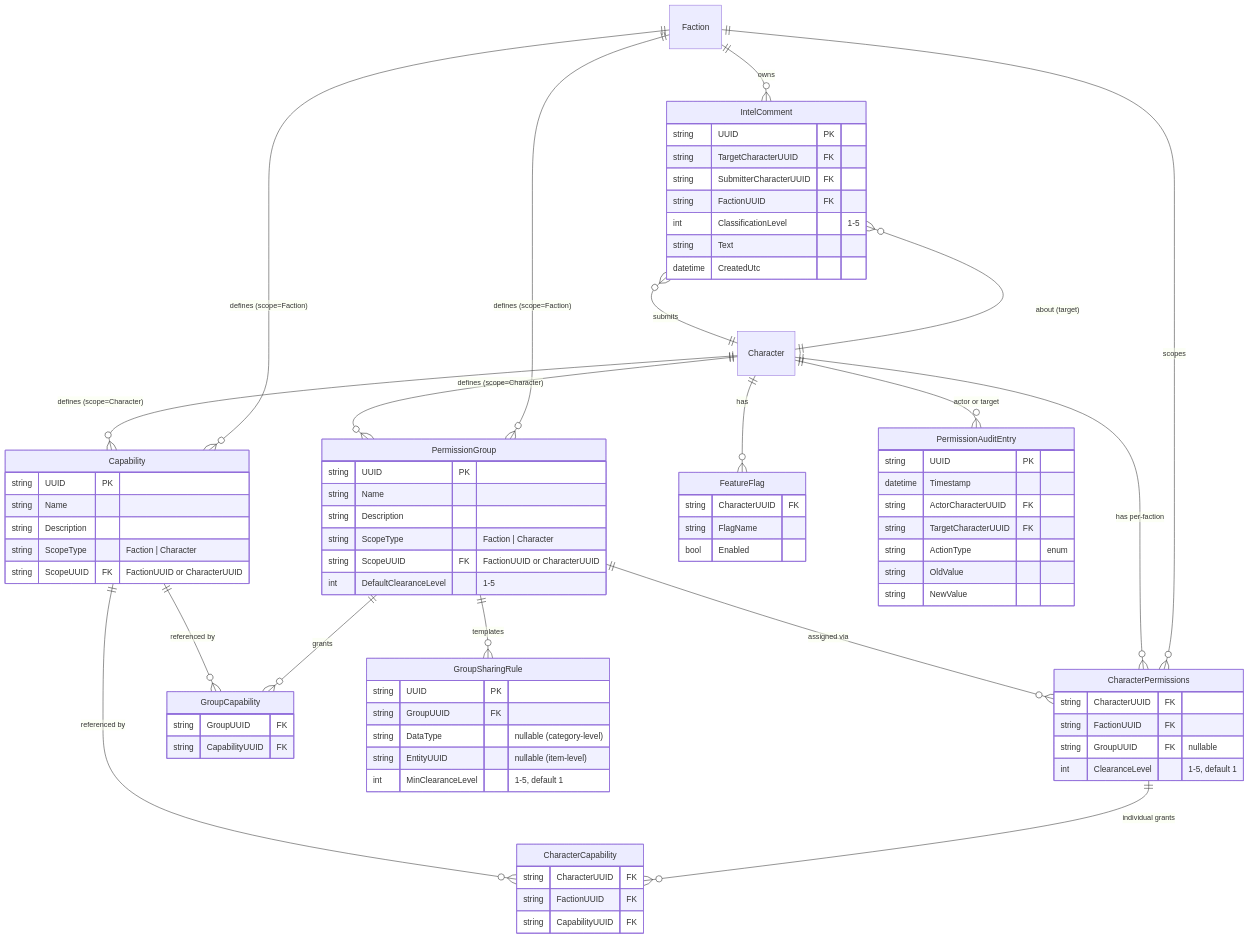
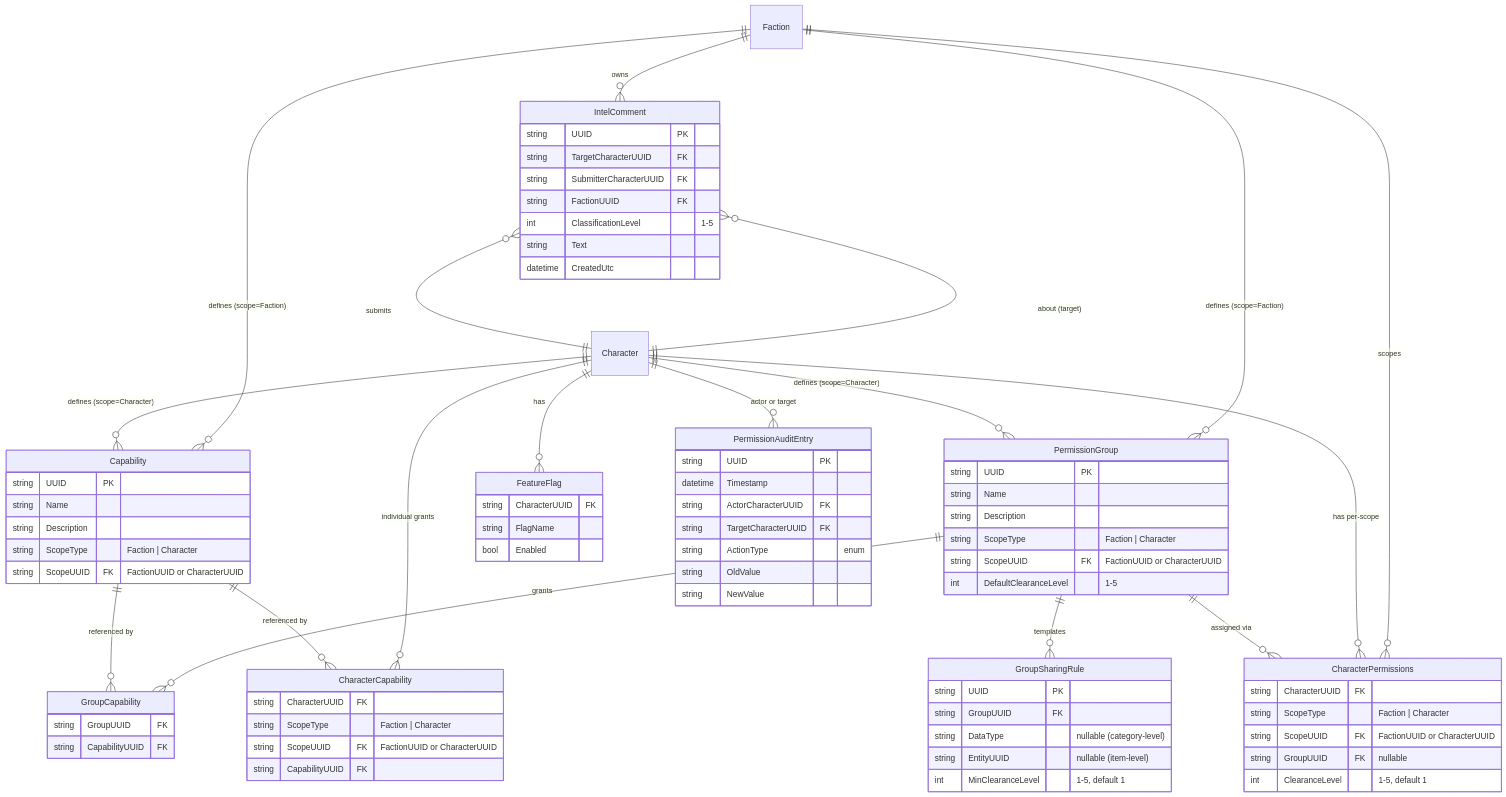
Before and after one commit to scalorn/OuterEmpires2EmpireTracker: the diagram in .kiro/specs/faction-server-expanded-permissions/design.md, drawn with Mermaid. The commit also changed other lines of this file, not shown here.

First line of the commit message:
Align data model and ER diagram in expanded-permissions design

````diff
--- a/.kiro/specs/faction-server-expanded-permissions/design.md
+++ b/.kiro/specs/faction-server-expanded-permissions/design.md
@@ -93,14 +112,20 @@
 
     Character ||--o{ Capability : "defines (scope=Character)"
     Character ||--o{ PermissionGroup : "defines (scope=Character)"
-    Character ||--o{ CharacterPermissions : "has per-faction"
+    Character ||--o{ CharacterPermissions : "has per-scope"
+    Character ||--o{ CharacterCapability : "individual grants"
     Character ||--o{ IntelComment : "submits"
+    Character ||--o{ FeatureFlag : "has"
+    Character ||--o{ PermissionAuditEntry : "actor or target"
 
     PermissionGroup ||--o{ GroupCapability : "grants"
     PermissionGroup ||--o{ GroupSharingRule : "templates"
     PermissionGroup ||--o{ CharacterPermissions : "assigned via"
 
-    CharacterPermissions ||--o{ CharacterCapability : "individual grants"
+    Capability ||--o{ GroupCapability : "referenced by"
+    Capability ||--o{ CharacterCapability : "referenced by"
+
+    IntelComment }o--|| Character : "about (target)"
 
     Capability {
         string UUID PK
@@ -134,14 +159,16 @@
 
     CharacterPermissions {
         string CharacterUUID FK
-        string FactionUUID FK
+        string ScopeType "Faction | Character"
+        string ScopeUUID FK "FactionUUID or CharacterUUID"
         string GroupUUID FK "nullable"
         int ClearanceLevel "1-5, default 1"
     }
 
     CharacterCapability {
         string CharacterUUID FK
-        string FactionUUID FK
+        string ScopeType "Faction | Character"
+        string ScopeUUID FK "FactionUUID or CharacterUUID"
         string CapabilityUUID FK
     }
 
@@ -170,10 +197,4 @@
         string OldValue
         string NewValue
     }
-
-    Character ||--o{ FeatureFlag : "has"
-    Character ||--o{ PermissionAuditEntry : "actor or target"
-    Capability ||--o{ GroupCapability : "referenced by"
-    Capability ||--o{ CharacterCapability : "referenced by"
-    IntelComment }o--|| Character : "about (target)"
 ```
````
